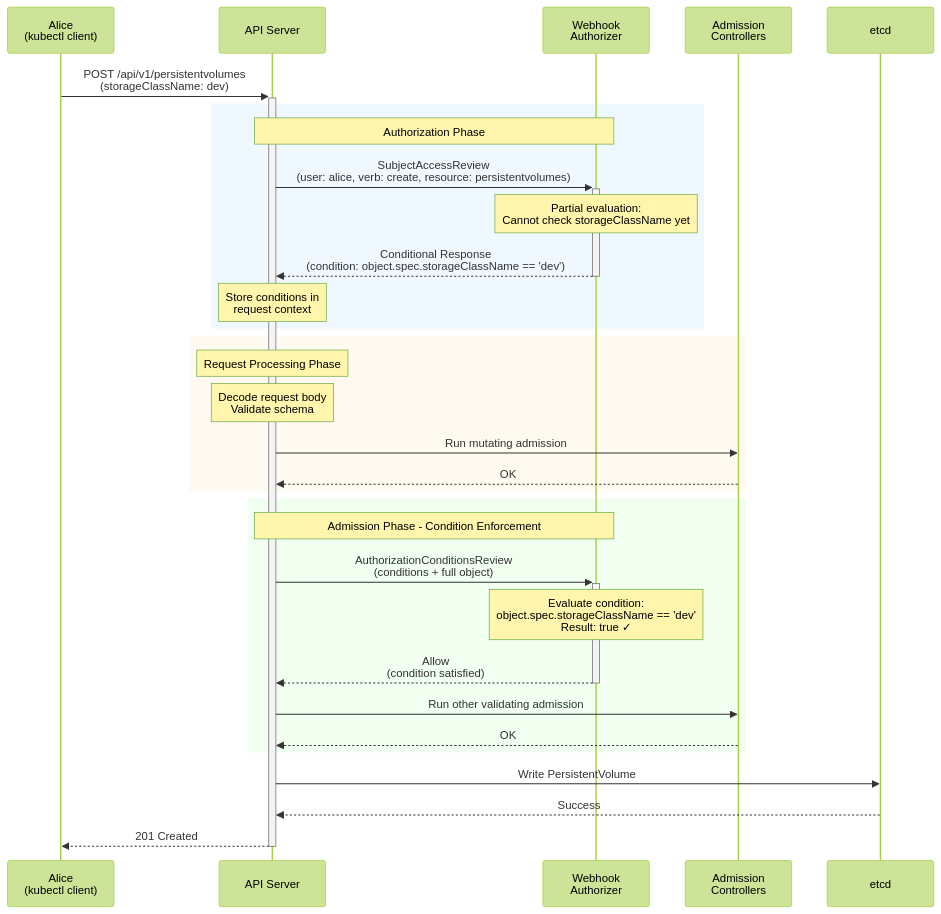
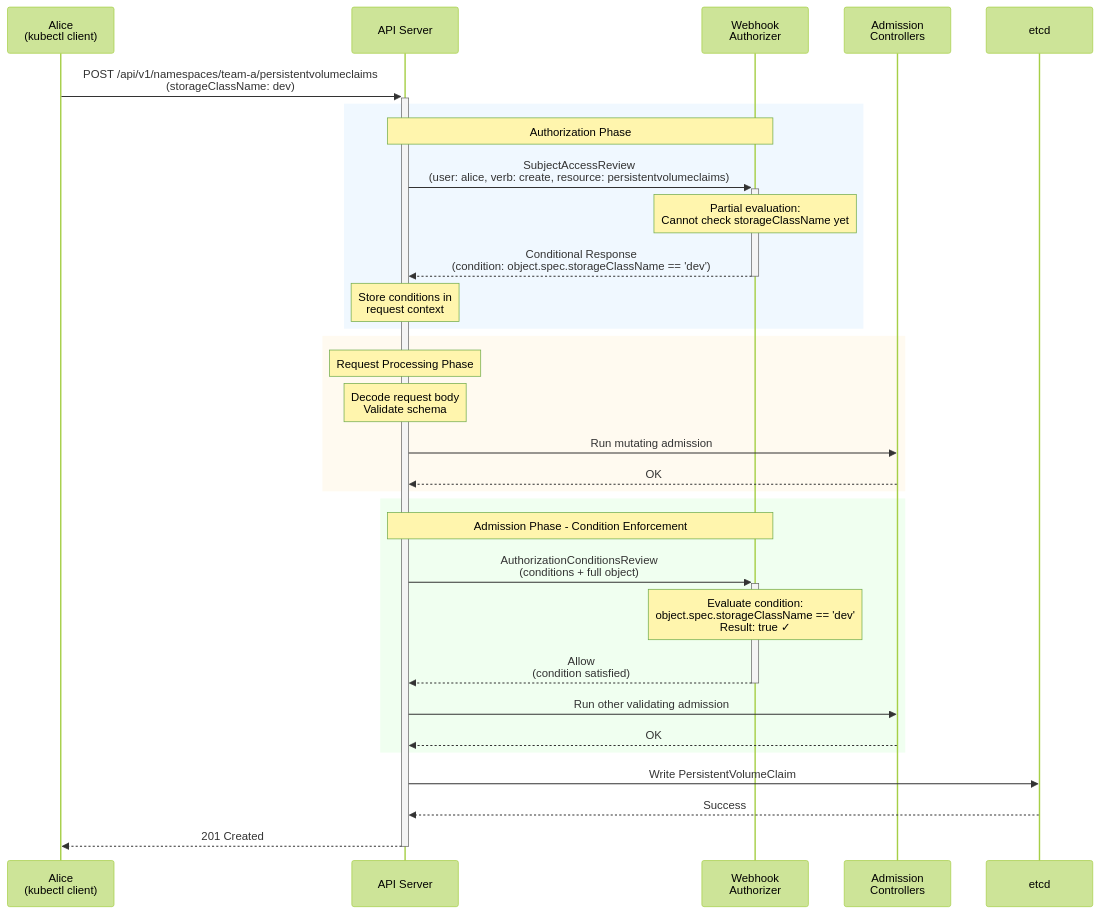
Before and after one commit to kubernetes/website: the fourth of 6 diagrams in content/en/docs/reference/access-authn-authz/authorization.md, drawn with Mermaid (forest theme). The commit also changed other lines of this file and 1 other file, not shown here.

Commit message:
address liggitt's review

````diff
--- a/content/en/docs/reference/access-authn-authz/authorization.md
+++ b/content/en/docs/reference/access-authn-authz/authorization.md
@@ -646,38 +647,38 @@
 ```mermaid
 sequenceDiagram
     participant Alice as Alice<br/>(kubectl client)
     participant API as API Server
     participant Webhook as Webhook<br/>Authorizer
     participant Admission as Admission<br/>Controllers
     participant Storage as etcd
 
-    Alice->>+API: POST /api/v1/persistentvolumes<br/>(storageClassName: dev)
+    Alice->>+API: POST /api/v1/namespaces/team-a/persistentvolumeclaims<br/>(storageClassName: dev)
 
     rect rgb(240, 248, 255)
         Note over API,Webhook: Authorization Phase
-        API->>+Webhook: SubjectAccessReview<br/>(user: alice, verb: create, resource: persistentvolumes)
+        API->>+Webhook: SubjectAccessReview<br/>(user: alice, verb: create, resource: persistentvolumeclaims)
         Note over Webhook: Partial evaluation:<br/>Cannot check storageClassName yet
         Webhook-->>-API: Conditional Response<br/>(condition: object.spec.storageClassName == 'dev')
         Note over API: Store conditions in<br/>request context
     end
 
     rect rgb(255, 250, 240)
         Note over API: Request Processing Phase
         Note over API: Decode request body<br/>Validate schema
         API->>Admission: Run mutating admission
         Admission-->>API: OK
     end
 
     rect rgb(240, 255, 240)
         Note over API,Webhook: Admission Phase - Condition Enforcement
         API->>+Webhook: AuthorizationConditionsReview<br/>(conditions + full object)
         Note over Webhook: Evaluate condition:<br/>object.spec.storageClassName == 'dev'<br/>Result: true ✓
         Webhook-->>-API: Allow<br/>(condition satisfied)
         API->>Admission: Run other validating admission
         Admission-->>API: OK
     end
 
-    API->>Storage: Write PersistentVolume
+    API->>Storage: Write PersistentVolumeClaim
     Storage-->>API: Success
     API-->>-Alice: 201 Created
 ```
````
